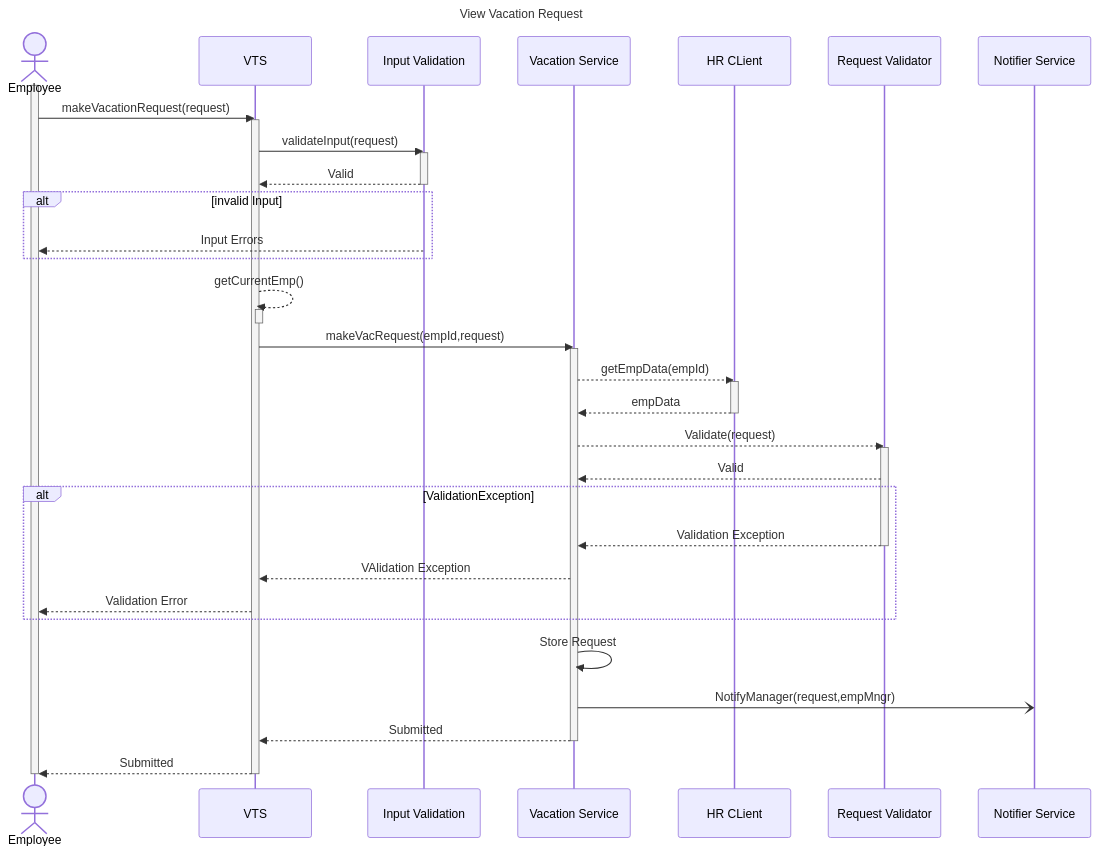
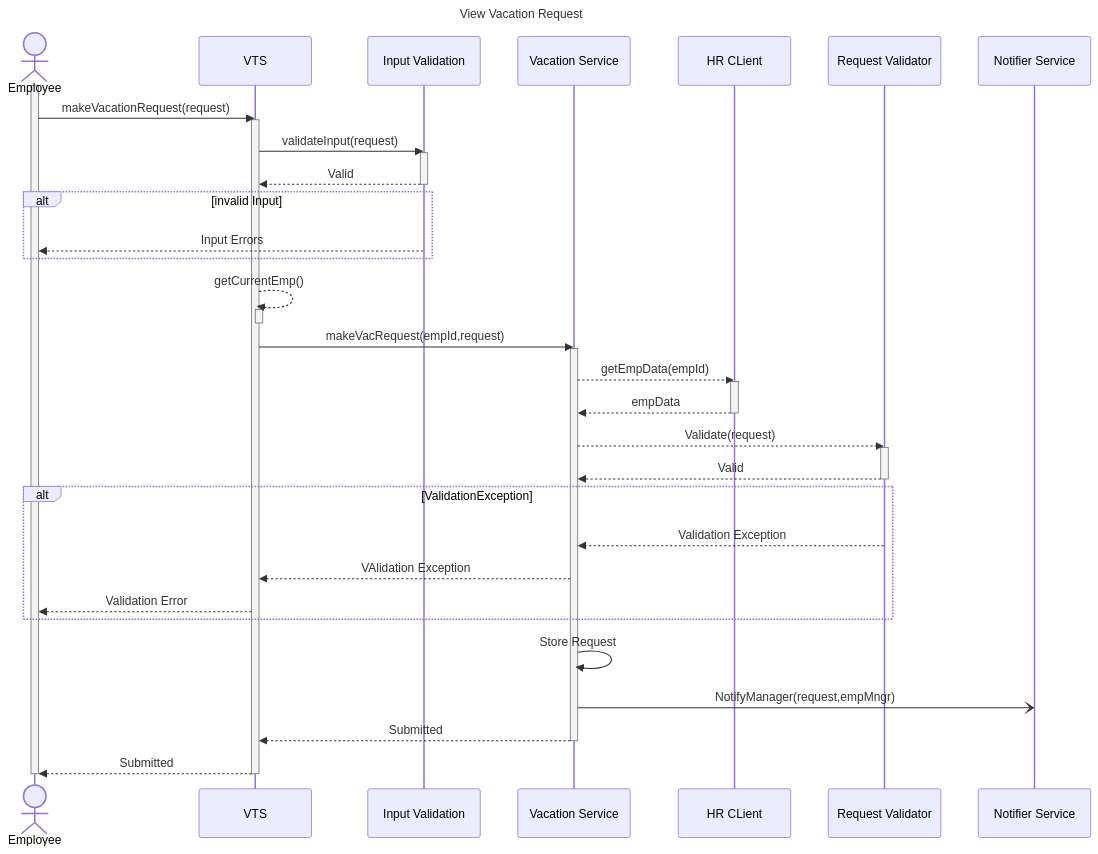
Before and after one commit to Abdelfattah97/VTS: the fourth of 7 diagrams in design.md, drawn with Mermaid. The commit also changed other lines of this file and 3 other files, not shown here.

Commit message:
Enahnced Sequence Diagrams , Added Cancel And Withdraw Request (Pseudo&Seq)

````diff
--- a/design.md
+++ b/design.md
@@ -284,49 +285,49 @@
 ```mermaid
 sequenceDiagram
 
 title View Vacation Request
 
 Actor Employee
 participant VTS
 participant Input as Input Validation
 participant Vac as Vacation Service
 participant HR as HR CLient
 participant Validation as Request Validator
 participant Notifier Service
 Activate Employee
 Employee->>VTS:makeVacationRequest(request)
 Activate VTS
 VTS->>Input:validateInput(request)
 activate Input
 Input-->>VTS: Valid
 deactivate Input
 alt invalid Input
 Input -->> Employee: Input Errors
 end
 VTS-->>VTS:getCurrentEmp()
 Activate VTS
 Deactivate VTS
 VTS->>Vac:makeVacRequest(empId,request)
 activate Vac
 Vac -->> HR: getEmpData(empId)
 activate HR
 HR -->>Vac:empData
 deactivate HR
 Vac -->> Validation: Validate(request)
 Activate Validation
 Validation -->> Vac:Valid
+deactivate Validation
 alt ValidationException
 Validation -->> Vac: Validation Exception
-deactivate Validation
 Vac -->> VTS: VAlidation Exception
 VTS -->> Employee: Validation Error
 end
 Vac ->> Vac:Store Request
 Vac -) Notifier Service:NotifyManager(request,empMngr)
 Vac-->>VTS:Submitted
 deactivate Vac
 VTS-->>Employee:Submitted
 Deactivate VTS
 
 Deactivate Employee
 ```
````
